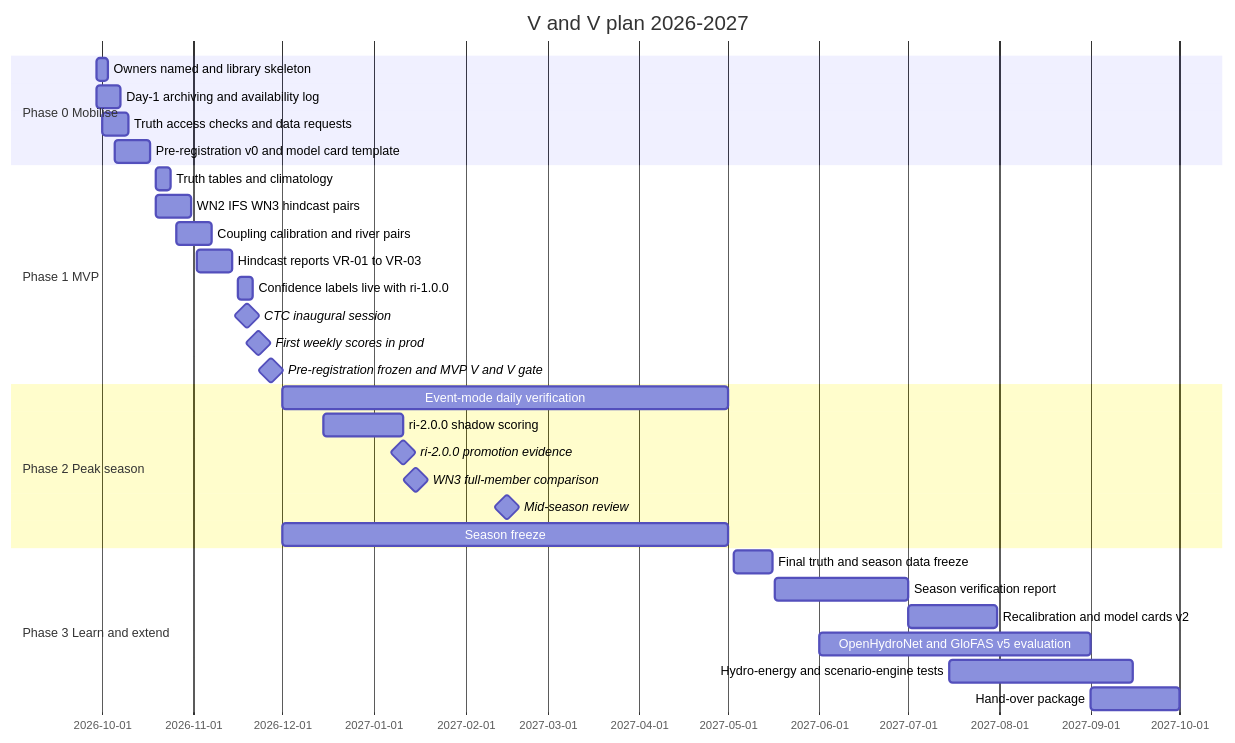
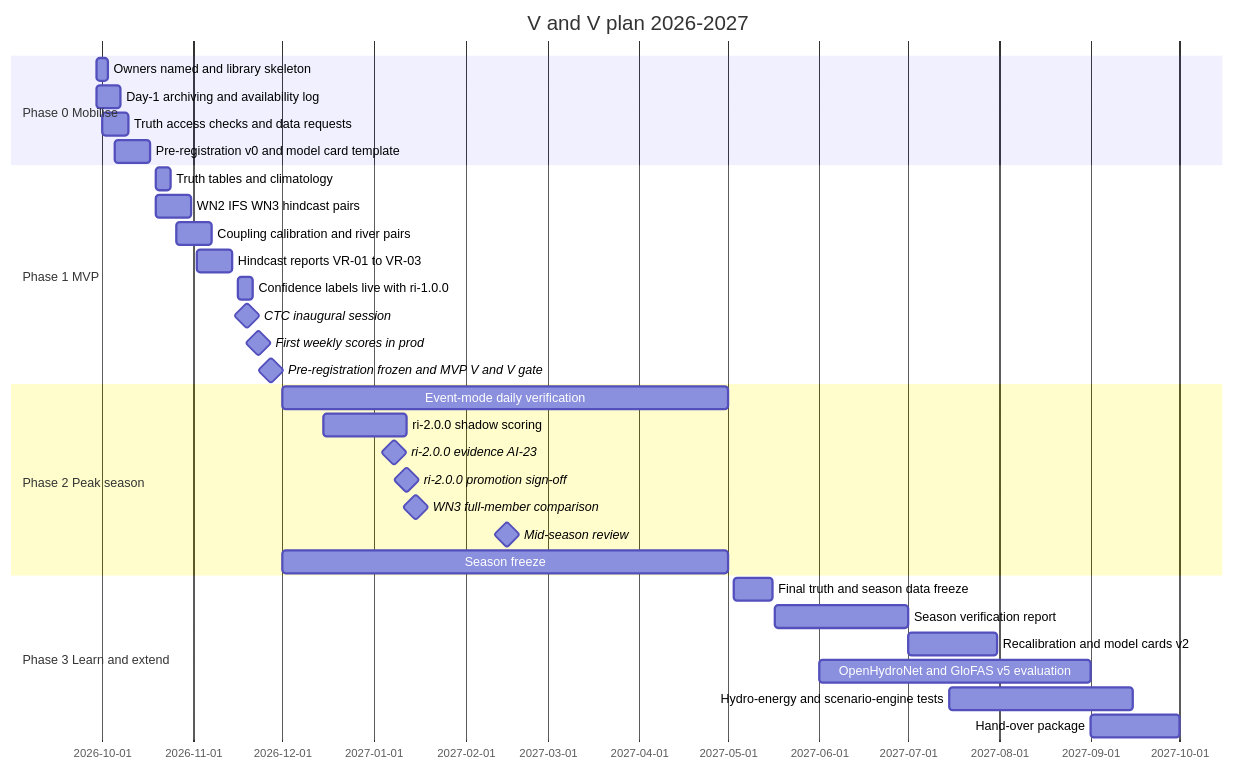
The fourth of 4 diagrams in docs/14-verification-and-validation.md (mcastroarroyo/weathernext), drawn with Mermaid before and after one commit. The commit also changed other lines of this file, not shown here.

````diff
--- a/docs/14-verification-and-validation.md
+++ b/docs/14-verification-and-validation.md
@@ -1079,33 +1085,34 @@
 ```mermaid
 gantt
   title V and V plan 2026-2027
   dateFormat YYYY-MM-DD
   section Phase 0 Mobilise
   Owners named and library skeleton          :vv01, 2026-09-29, 4d
   Day-1 archiving and availability log        :vv02, 2026-09-29, 8d
   Truth access checks and data requests       :vv03, 2026-10-01, 9d
   Pre-registration v0 and model card template :vv04, 2026-10-05, 12d
   section Phase 1 MVP
   Truth tables and climatology                :vv11, 2026-10-19, 5d
   WN2 IFS WN3 hindcast pairs                  :vv12, 2026-10-19, 12d
   Coupling calibration and river pairs        :vv13, 2026-10-26, 12d
   Hindcast reports VR-01 to VR-03             :vv14, 2026-11-02, 12d
   Confidence labels live with ri-1.0.0        :vv15, 2026-11-16, 5d
   CTC inaugural session                       :milestone, vv16, 2026-11-19, 0d
   First weekly scores in prod                 :milestone, vv17, 2026-11-23, 0d
   Pre-registration frozen and MVP V and V gate :milestone, vv18, 2026-11-27, 0d
   section Phase 2 Peak season
   Event-mode daily verification               :vv21, 2026-12-01, 151d
-  ri-2.0.0 shadow scoring                     :vv22, 2026-12-15, 27d
-  ri-2.0.0 promotion evidence                 :milestone, vv23, 2027-01-11, 0d
+  ri-2.0.0 shadow scoring                     :vv22, 2026-12-15, 28d
+  ri-2.0.0 evidence AI-23                     :milestone, vv23, 2027-01-08, 0d
+  ri-2.0.0 promotion sign-off                 :milestone, vv23b, 2027-01-12, 0d
   WN3 full-member comparison                  :milestone, vv24, 2027-01-15, 0d
   Mid-season review                           :milestone, vv25, 2027-02-15, 0d
   Season freeze                               :vv26, 2026-12-01, 151d
   section Phase 3 Learn and extend
   Final truth and season data freeze          :vv31, 2027-05-03, 13d
   Season verification report                  :vv32, 2027-05-17, 45d
   Recalibration and model cards v2            :vv33, 2027-07-01, 30d
   OpenHydroNet and GloFAS v5 evaluation       :vv34, 2027-06-01, 92d
   Hydro-energy and scenario-engine tests      :vv35, 2027-07-15, 62d
   Hand-over package                           :vv36, 2027-09-01, 30d
 ```
````
